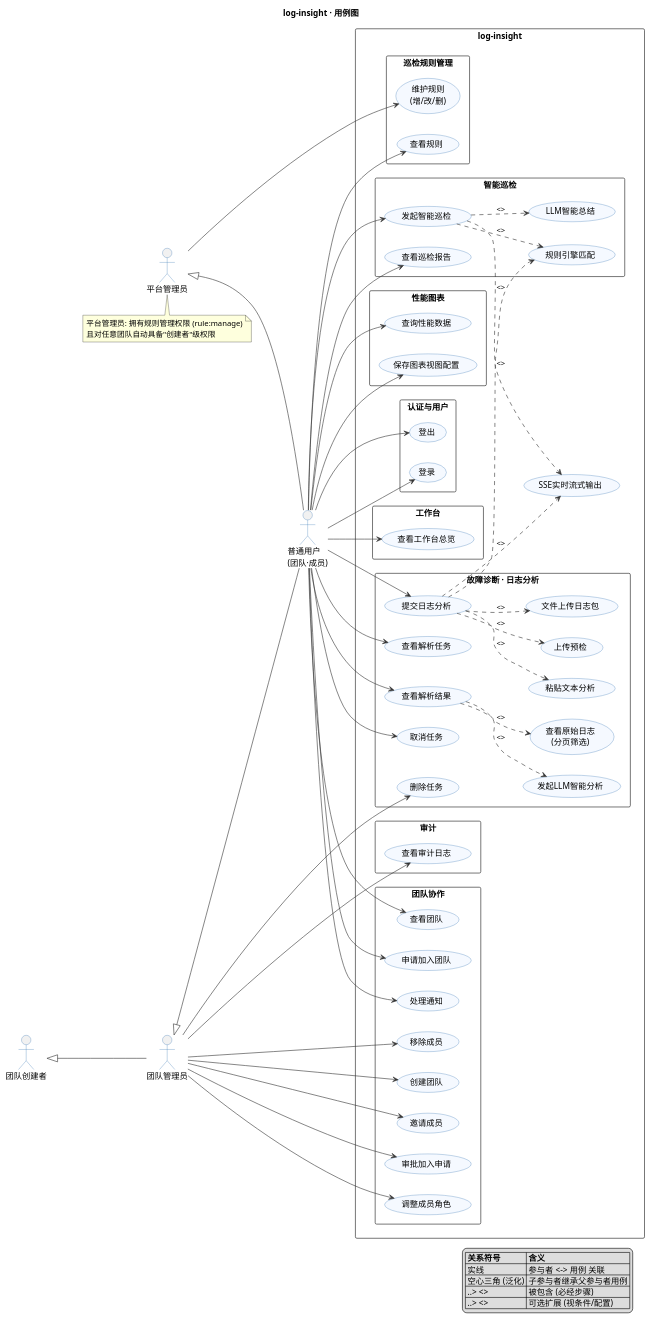
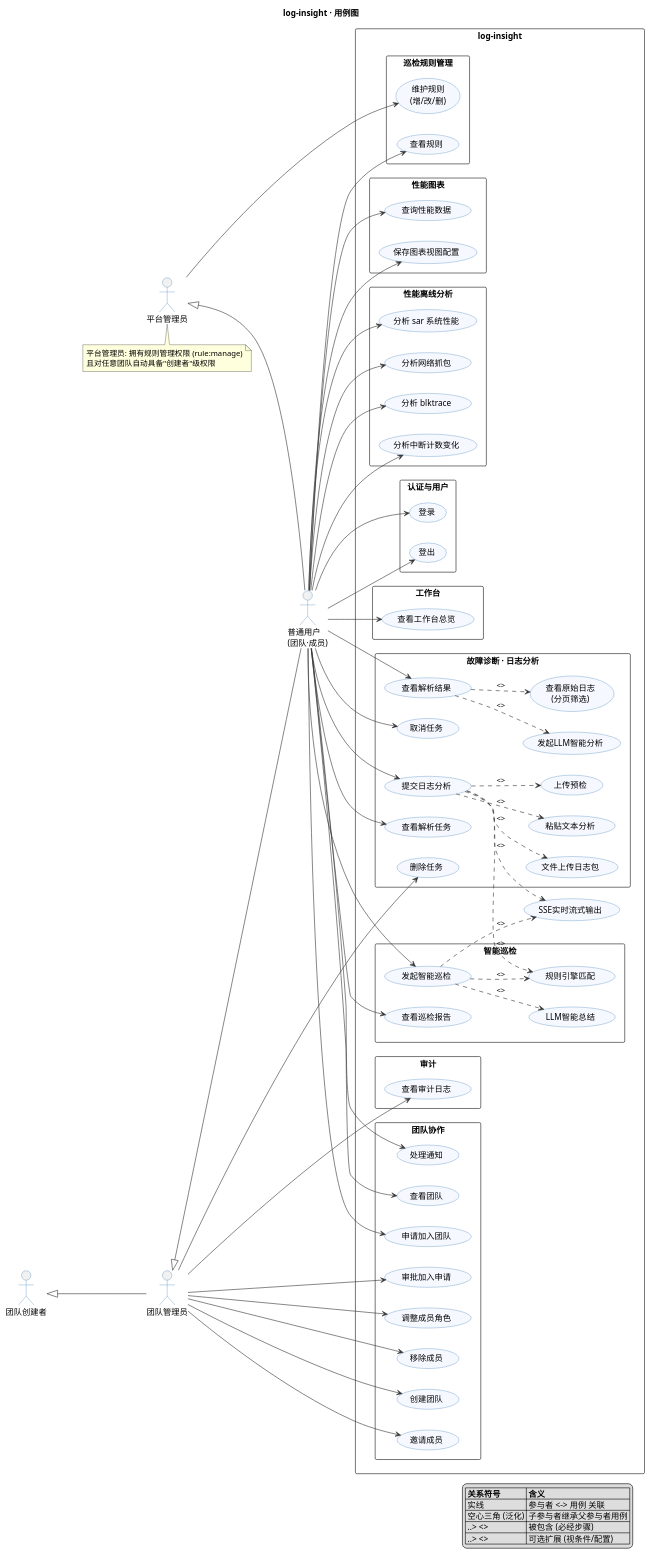
One commit to openeuler-mirror/log-insight changed the diagram in docs/diagrams/用例图.puml. Above: the diagram before and after it, drawn with PlantUML. The commit also changed 5 other files, not shown here.

First line of the commit message:
docs: 更新性能分析(中断计数变化)文档与截图

```diff
--- a/docs/diagrams/用例图.puml
+++ b/docs/diagrams/用例图.puml
@@ -1,139 +1,150 @@
 @startuml log-insight-用例图
 ' ============================================================
 '  log-insight · UML 用例图
 '  依据: backend/app/api/*.py + frontend/src/rbac/permissions.ts
 '        + frontend/src/router/index.ts (v0.2 已实现)
 '  说明: 双级权限模型 —— 平台级(admin/普通) × 团队级(创建者/管理员/成员)
 '        平台管理员对任意团队具备"创建者"级权限 (is_platform_admin)
 ' ============================================================
 left to right direction
 skinparam shadowing false
 skinparam packageStyle rectangle
 skinparam usecase {
     BackgroundColor #F5F9FF
     BorderColor       #2F6FB0
     ArrowColor        #333333
 }
 skinparam actor {
     BorderColor #2F6FB0
 }
 title log-insight · 用例图
 ' ---------- 参与者 (Actors) ----------
 actor "普通用户\n(团队·成员)"     as MEMBER
 actor "团队管理员"              as TADMIN
 actor "团队创建者"              as OWNER
 actor "平台管理员"              as PADMIN
 ' 泛化: 更具体(权限更高) <|-- 更一般 —— 子 actor 继承父 actor 的全部用例
 TADMIN <|-- MEMBER
 OWNER  <|-- TADMIN
 PADMIN <|-- MEMBER
 ' ---------- 系统边界 ----------
 rectangle "log-insight" as SYS {
     ' 认证与用户
     rectangle "认证与用户" {
         usecase "登录"                 as UC_LOGIN
         usecase "登出"                 as UC_LOGOUT
     }
     ' 工作台
     rectangle "工作台" {
         usecase "查看工作台总览"        as UC_DASH
     }
     ' 团队协作
     rectangle "团队协作" {
         usecase "查看团队"             as UC_VTEAM
         usecase "创建团队"             as UC_CTEAM
         usecase "邀请成员"             as UC_INVITE
         usecase "申请加入团队"          as UC_APPLY
         usecase "审批加入申请"          as UC_APPROVE
         usecase "调整成员角色"          as UC_ROLE
         usecase "移除成员"             as UC_REMOVE
         usecase "处理通知"             as UC_NOTICE
     }
     ' 故障诊断 · 日志分析
     rectangle "故障诊断 · 日志分析" {
         usecase "提交日志分析"          as UC_SUBMIT
         usecase "上传预检"             as UC_PRECHECK
         usecase "文件上传日志包"        as UC_UPLOAD
         usecase "粘贴文本分析"          as UC_PASTE
         usecase "查看解析任务"          as UC_LISTTASK
         usecase "查看解析结果"          as UC_RESULT
         usecase "查看原始日志\n(分页筛选)" as UC_RAWLOG
         usecase "发起LLM智能分析"       as UC_LLM
         usecase "取消任务"             as UC_CANCEL
         usecase "删除任务"             as UC_DELTASK
     }
     ' 智能巡检
     rectangle "智能巡检" {
         usecase "发起智能巡检"          as UC_INSPECT
         usecase "规则引擎匹配"          as UC_RULEMATCH
         usecase "LLM智能总结"          as UC_LLM_SUM
         usecase "查看巡检报告"          as UC_INSP_REPORT
     }
     ' 巡检规则管理
     rectangle "巡检规则管理" {
         usecase "查看规则"             as UC_VRULE
         usecase "维护规则\n(增/改/删)"  as UC_MRULE
     }
     ' 性能图表
     rectangle "性能图表" {
         usecase "查询性能数据"          as UC_METRIC
         usecase "保存图表视图配置"      as UC_PREFERENCE
     }
+    ' 性能离线分析 (上传即解析)
+    rectangle "性能离线分析" {
+        usecase "分析 sar 系统性能"     as UC_PERF_SAR
+        usecase "分析网络抓包"          as UC_PERF_NET
+        usecase "分析 blktrace"        as UC_PERF_BLK
+        usecase "分析中断计数变化"      as UC_PERF_IRQ
+    }
     ' 审计
     rectangle "审计" {
         usecase "查看审计日志"          as UC_AUDIT
     }
     ' 跨切面能力 (诊断/巡检共用)
     usecase "SSE实时流式输出"          as UC_SSE
 }
 ' ---------- include / extend 关系 ----------
 UC_SUBMIT  ..> UC_PRECHECK  : <>
 UC_SUBMIT  ..> UC_UPLOAD    : <>
 UC_SUBMIT  ..> UC_PASTE     : <>
 UC_SUBMIT  ..> UC_RULEMATCH : <>
 UC_SUBMIT  ..> UC_SSE       : <>
 UC_INSPECT ..> UC_RULEMATCH : <>
 UC_INSPECT ..> UC_SSE       : <>
 UC_INSPECT ..> UC_LLM_SUM   : <>
 UC_RESULT  ..> UC_RAWLOG    : <>
 UC_RESULT  ..> UC_LLM       : <>
 ' ---------- 参与者 <-> 用例 关联 ----------
 ' 普通用户 (成员): 基础能力
 MEMBER --> UC_LOGIN
 MEMBER --> UC_LOGOUT
 MEMBER --> UC_DASH
 MEMBER --> UC_VTEAM
 MEMBER --> UC_APPLY
 MEMBER --> UC_NOTICE
 MEMBER --> UC_SUBMIT
 MEMBER --> UC_LISTTASK
 MEMBER --> UC_RESULT
 MEMBER --> UC_CANCEL
 MEMBER --> UC_INSPECT
 MEMBER --> UC_INSP_REPORT
 MEMBER --> UC_VRULE
 MEMBER --> UC_METRIC
 MEMBER --> UC_PREFERENCE
+MEMBER --> UC_PERF_SAR
+MEMBER --> UC_PERF_NET
+MEMBER --> UC_PERF_BLK
+MEMBER --> UC_PERF_IRQ
 ' 团队管理员: 在普通用户之上
 TADMIN --> UC_CTEAM
 TADMIN --> UC_INVITE
 TADMIN --> UC_APPROVE
 TADMIN --> UC_ROLE
 TADMIN --> UC_REMOVE
 TADMIN --> UC_DELTASK
 TADMIN --> UC_AUDIT
 ' 平台管理员: 在普通用户之上
 PADMIN --> UC_MRULE
 ' ---------- 说明 ----------
 note bottom of PADMIN
   平台管理员: 拥有规则管理权限 (rule:manage)
   且对任意团队自动具备"创建者"级权限
 end note
 legend right
   |= 关系符号 |= 含义 |
   | 实线 | 参与者 <-> 用例 关联 |
   | 空心三角 (泛化) | 子参与者继承父参与者用例 |
   | ..> <> | 被包含 (必经步骤) |
   | ..> <> | 可选扩展 (视条件/配置) |
 endlegend
 @enduml
```
